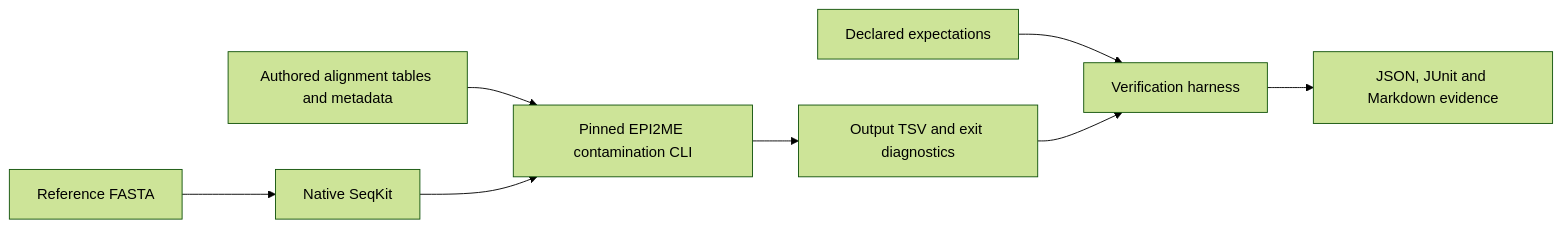
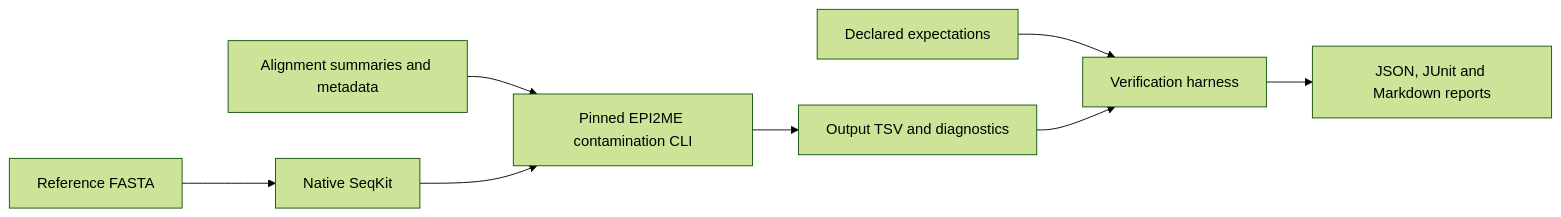
One commit to bhavya-24/epi2me-aav-verification changed the diagram in README.md. Above: the diagram before and after it, drawn with Mermaid (forest theme). The commit also changed other lines of this file and 24 other files, not shown here.

````diff
--- a/README.md
+++ b/README.md
@@ -29,10 +18,10 @@
 ```mermaid
 flowchart LR
-    A[Authored alignment tables and metadata] --> B[Pinned EPI2ME contamination CLI]
+    A[Alignment summaries and metadata] --> B[Pinned EPI2ME contamination CLI]
     F[Reference FASTA] --> S[Native SeqKit]
     S --> B
-    B --> C[Output TSV and exit diagnostics]
+    B --> C[Output TSV and diagnostics]
     E[Declared expectations] --> D[Verification harness]
     C --> D
-    D --> R[JSON, JUnit and Markdown evidence]
+    D --> R[JSON, JUnit and Markdown reports]
 ```
````
